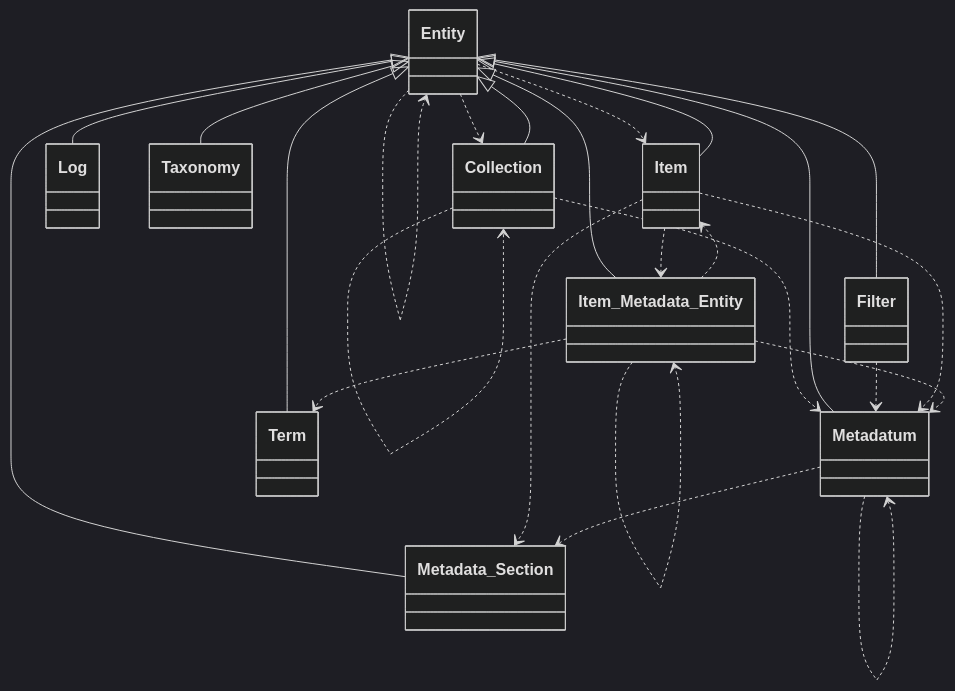
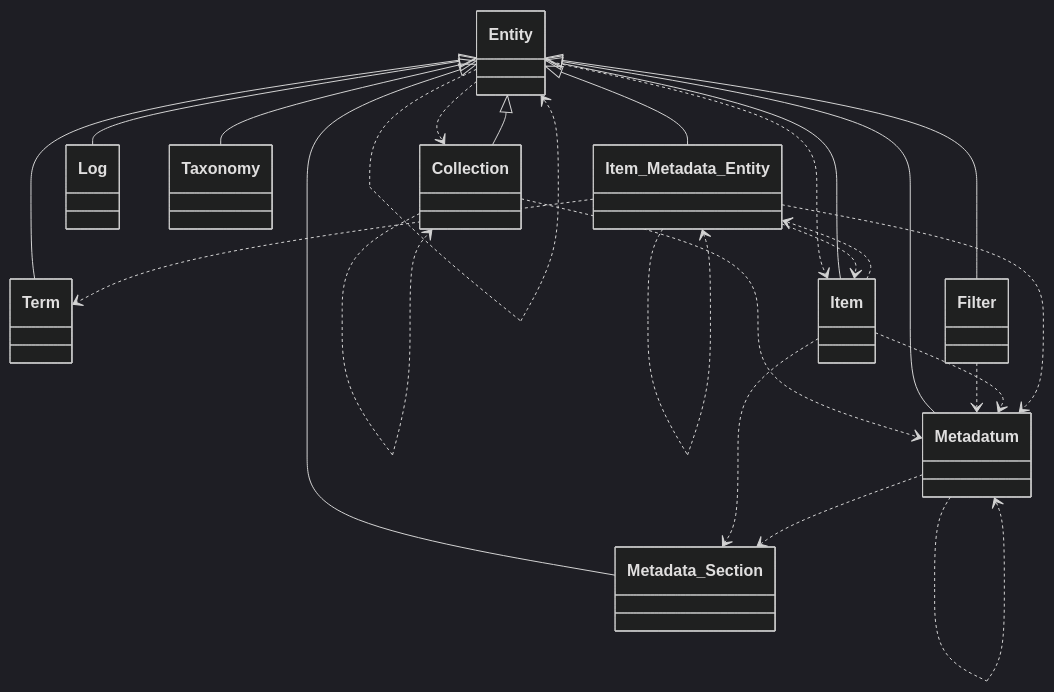
Before and after one commit to tainacan/tainacan: the diagram in docs/diagrams/tainacan-namespace-Tainacan-Entities.mmd, drawn with Mermaid (dark theme). The commit also changed other lines of this file and 94 other files, not shown here.

```diff
--- a/docs/diagrams/tainacan-namespace-Tainacan-Entities.mmd
+++ b/docs/diagrams/tainacan-namespace-Tainacan-Entities.mmd
@@ -1,36 +1,36 @@
 classDiagram
     direction TB
-    class Metadatum { }
-    class Metadata_Section { }
-    class Item { }
-    class Entity { }
     class Item_Metadata_Entity { }
-    class Term { }
     class Log { }
     class Taxonomy { }
+    class Term { }
+    class Entity { }
+    class Metadata_Section { }
+    class Metadatum { }
+    class Item { }
+    class Filter { }
     class Collection { }
-    class Filter { }
     Collection ..> Collection
     Collection ..> Metadatum
     Entity ..> Collection
     Entity ..> Entity
     Entity ..> Item
     Entity <|-- Collection
     Entity <|-- Filter
     Entity <|-- Item
     Entity <|-- Item_Metadata_Entity
     Entity <|-- Log
     Entity <|-- Metadata_Section
     Entity <|-- Metadatum
     Entity <|-- Taxonomy
     Entity <|-- Term
     Filter ..> Metadatum
     Item ..> Item_Metadata_Entity
     Item ..> Metadata_Section
     Item ..> Metadatum
     Item_Metadata_Entity ..> Item
     Item_Metadata_Entity ..> Item_Metadata_Entity
     Item_Metadata_Entity ..> Metadatum
     Item_Metadata_Entity ..> Term
     Metadatum ..> Metadata_Section
     Metadatum ..> Metadatum
```
